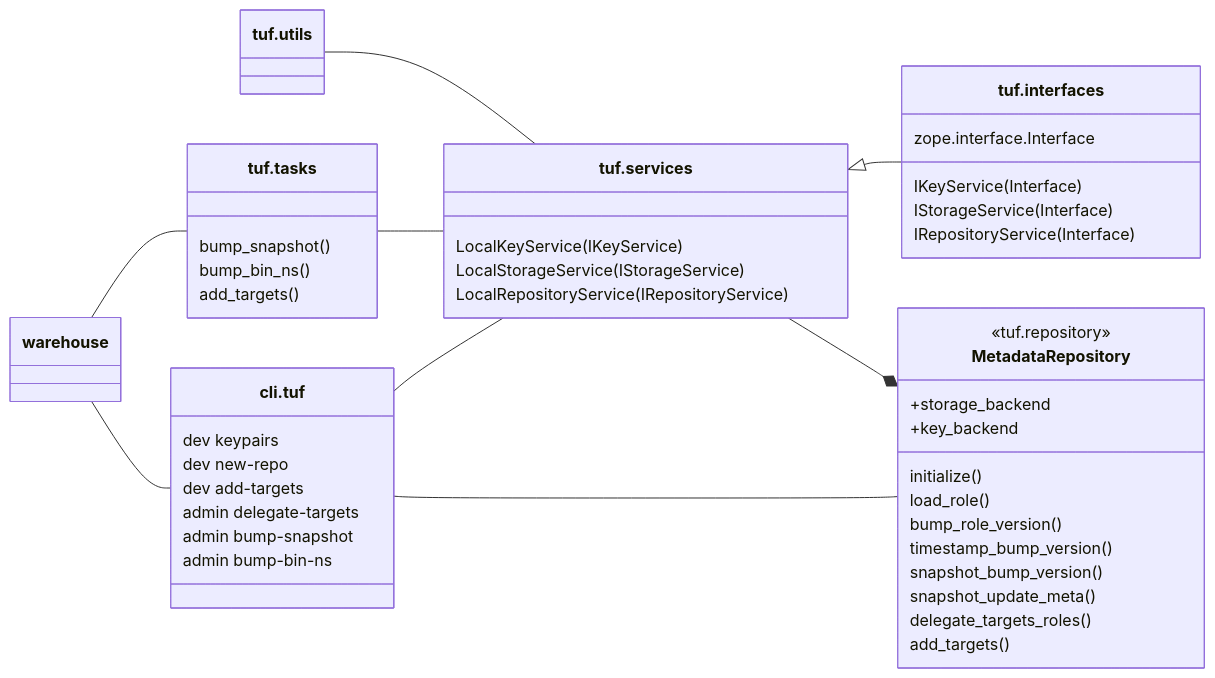
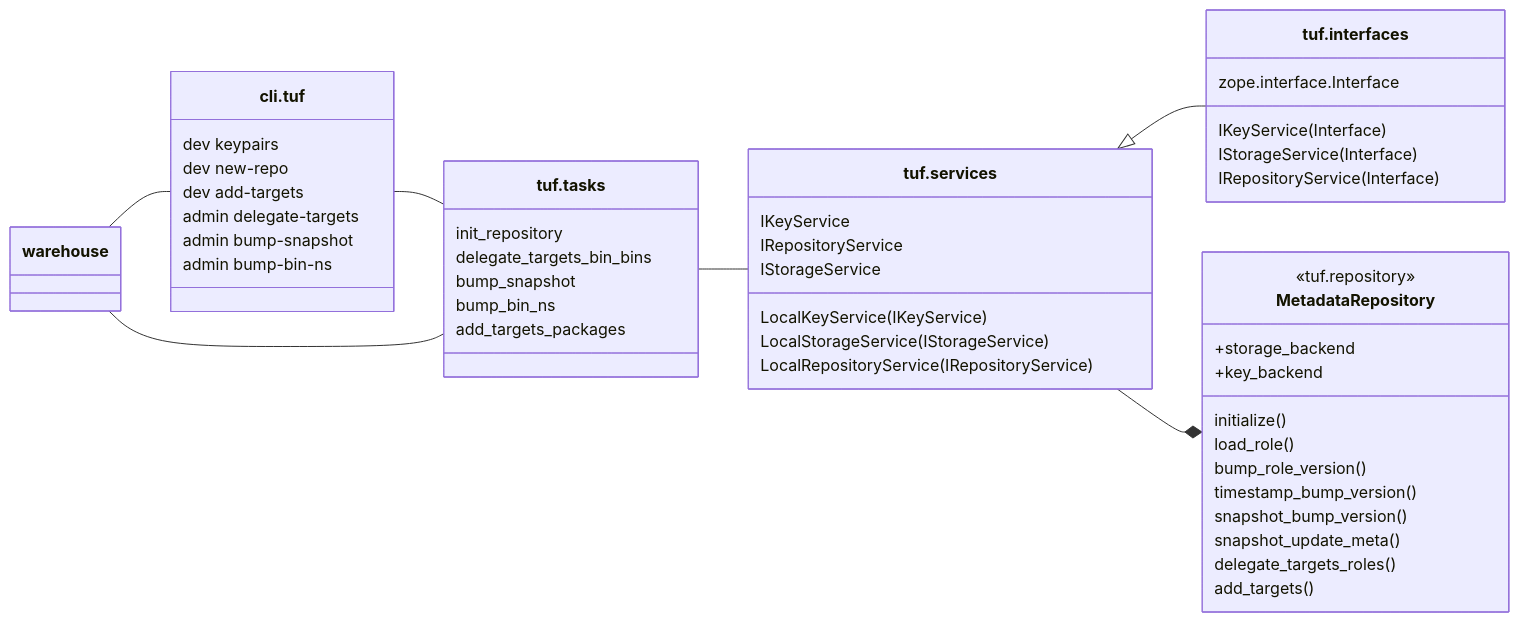
One commit to lukpueh/warehouse changed the third of 3 diagrams in warehouse/tuf/README.md. Above: the diagram before and after it, drawn with Mermaid. The commit also changed other lines of this file and 8 other files, not shown here.

````diff
--- a/warehouse/tuf/README.md
+++ b/warehouse/tuf/README.md
@@ -149,54 +152,55 @@
   ```mermaid
     classDiagram 
       direction LR
       class MetadataRepository {
         <<tuf.repository>>
         +storage_backend
         +key_backend
         initialize()
         load_role()
         bump_role_version()
         timestamp_bump_version()
         snapshot_bump_version()
         snapshot_update_meta()
         delegate_targets_roles()
         add_targets()
       }
       class `tuf.interfaces` {
         zope.interface.Interface
         IKeyService(Interface)
         IStorageService(Interface)
         IRepositoryService(Interface)
       }
       class `tuf.services` {
+        IKeyService
+        IRepositoryService
+        IStorageService        
         LocalKeyService(IKeyService)
         LocalStorageService(IStorageService)
         LocalRepositoryService(IRepositoryService)
       }
-      class `tuf.utils` {
-      }
       class `tuf.tasks` {
-        bump_snapshot()
-        bump_bin_ns()
-        add_targets()
+        init_repository
+        delegate_targets_bin_bins
+        bump_snapshot
+        bump_bin_ns
+        add_targets_packages
       }
 
       class `cli.tuf`{
           dev keypairs
           dev new-repo
           dev add-targets
           admin delegate-targets
           admin bump-snapshot
           admin bump-bin-ns
       }
 
 
-      `tuf.utils` -- `tuf.services`
       `tuf.services` <|-- `tuf.interfaces`
       `tuf.services` --* MetadataRepository
       `tuf.tasks` -- `tuf.services`
-      `cli.tuf` -- `tuf.services`
-      `cli.tuf` -- MetadataRepository
+      `cli.tuf` -- `tuf.tasks`
       warehouse -- `cli.tuf`
       warehouse -- `tuf.tasks`
   ```
````
